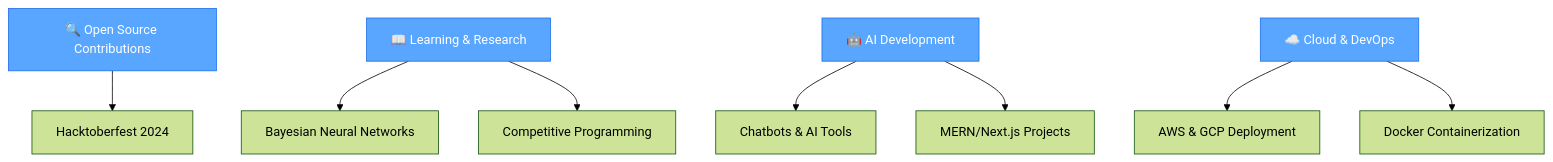
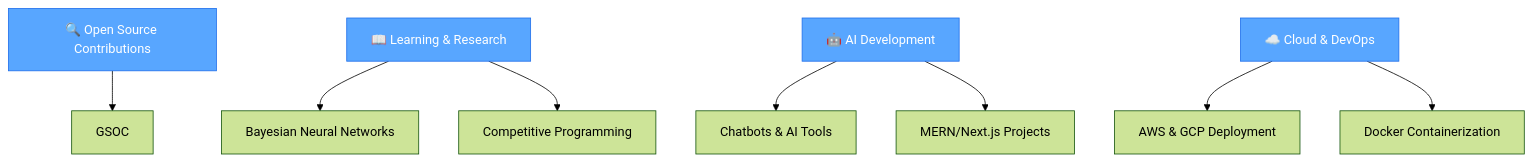
The diagram in README.md (arbazahmed07/arbazahmed07), drawn with Mermaid (forest theme) before and after one commit.

````diff
--- a/README.md
+++ b/README.md
@@ -62,15 +62,15 @@
 ```mermaid
 graph TD
-    A[🔍 Open Source Contributions] --> B[Hacktoberfest 2024]
+    A[🔍 Open Source Contributions] --> B[GSOC]
     C[📖 Learning & Research] --> D[Bayesian Neural Networks]
     C --> E[Competitive Programming]
     F[🤖 AI Development] --> G[Chatbots & AI Tools]
     F --> H[MERN/Next.js Projects]
     I[☁️ Cloud & DevOps] --> J[AWS & GCP Deployment]
     I --> K[Docker Containerization]
     
     style A fill:#58A6FF,stroke:#1F6FEB,color:#fff
     style C fill:#58A6FF,stroke:#1F6FEB,color:#fff
     style F fill:#58A6FF,stroke:#1F6FEB,color:#fff
     style I fill:#58A6FF,stroke:#1F6FEB,color:#fff
 ```
````
